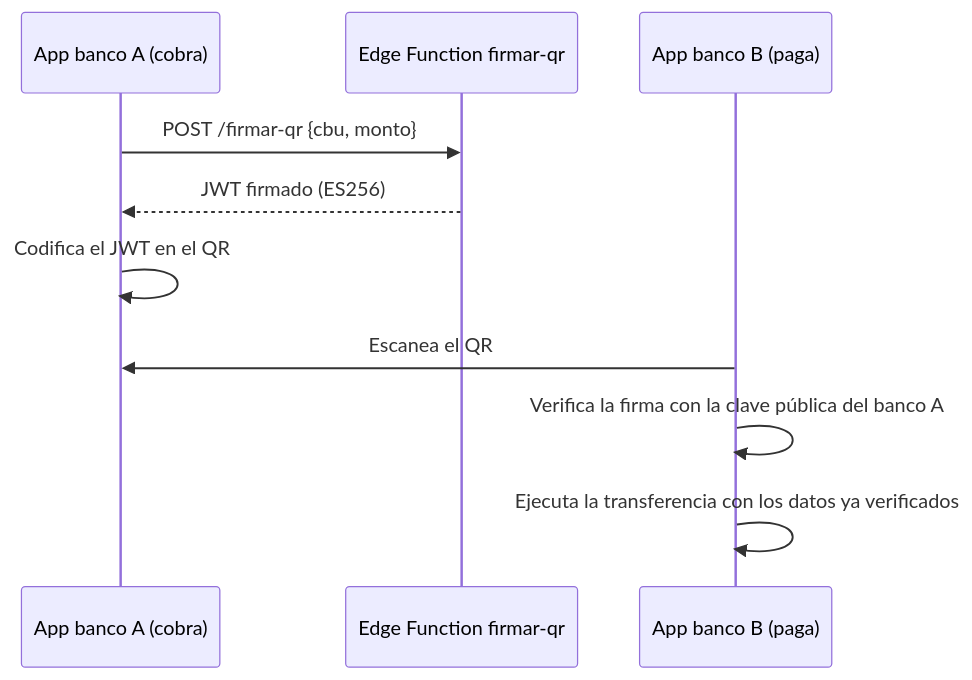
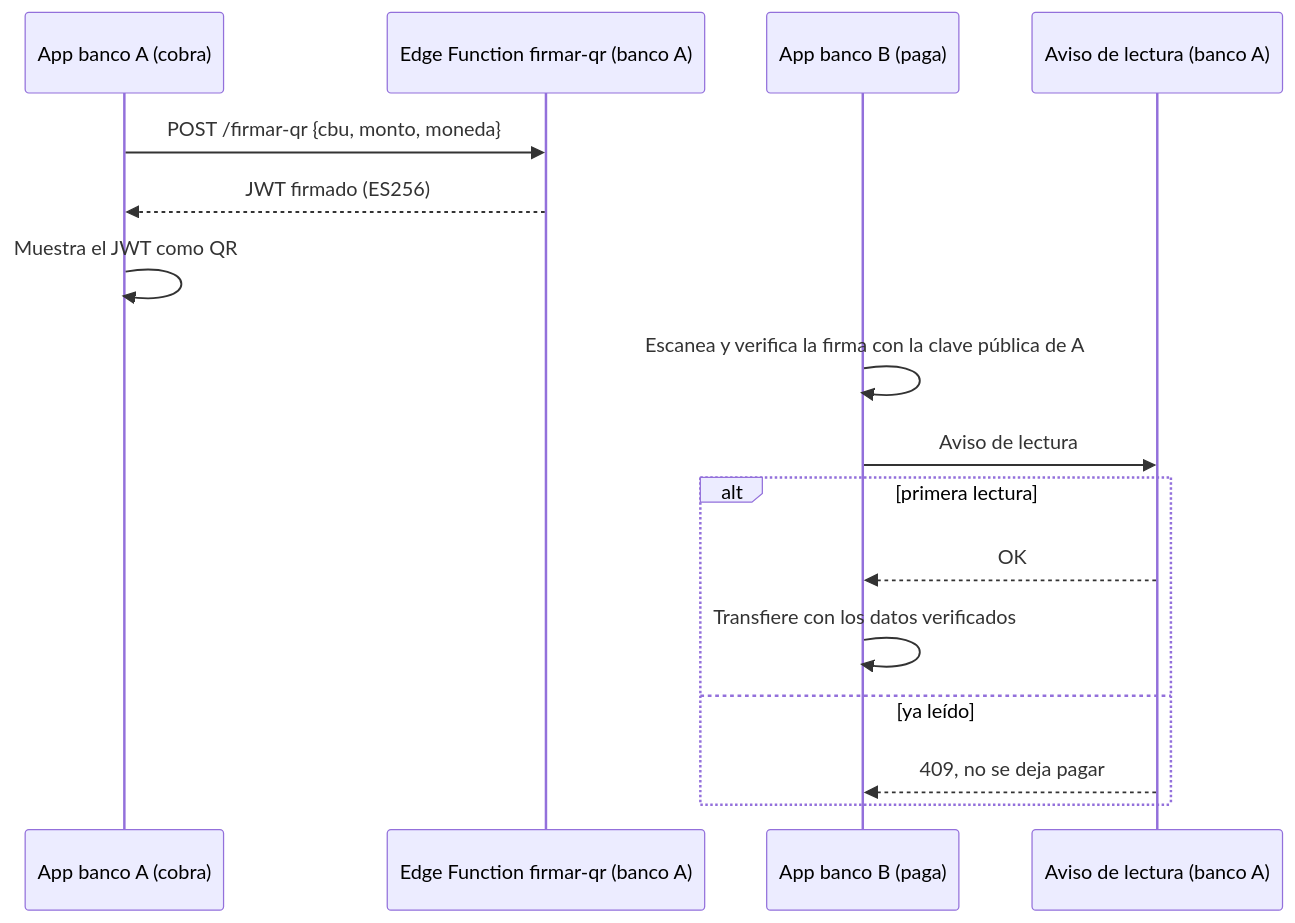
One commit to Maxi12141/HomebankingMonix changed the third of 3 diagrams in docs/manual-despliegue.md. Above: the diagram before and after it, drawn with Mermaid. The commit also changed other lines of this file and 5 other files, not shown here.

````diff
--- a/docs/manual-despliegue.md
+++ b/docs/manual-despliegue.md
@@ -83,12 +102,18 @@
 ```mermaid
 sequenceDiagram
   participant A as App banco A (cobra)
-  participant EF as Edge Function firmar-qr
+  participant EF as Edge Function firmar-qr (banco A)
   participant B as App banco B (paga)
-  A->>EF: POST /firmar-qr {cbu, monto}
+  participant L as Aviso de lectura (banco A)
+  A->>EF: POST /firmar-qr {cbu, monto, moneda}
   EF-->>A: JWT firmado (ES256)
-  A->>A: Codifica el JWT en el QR
-  B->>A: Escanea el QR
-  B->>B: Verifica la firma con la clave pública del banco A
-  B->>B: Ejecuta la transferencia con los datos ya verificados
+  A->>A: Muestra el JWT como QR
+  B->>B: Escanea y verifica la firma con la clave pública de A
+  B->>L: Aviso de lectura
+  alt primera lectura
+    L-->>B: OK
+    B->>B: Transfiere con los datos verificados
+  else ya leído
+    L-->>B: 409, no se deja pagar
+  end
 ```
````
